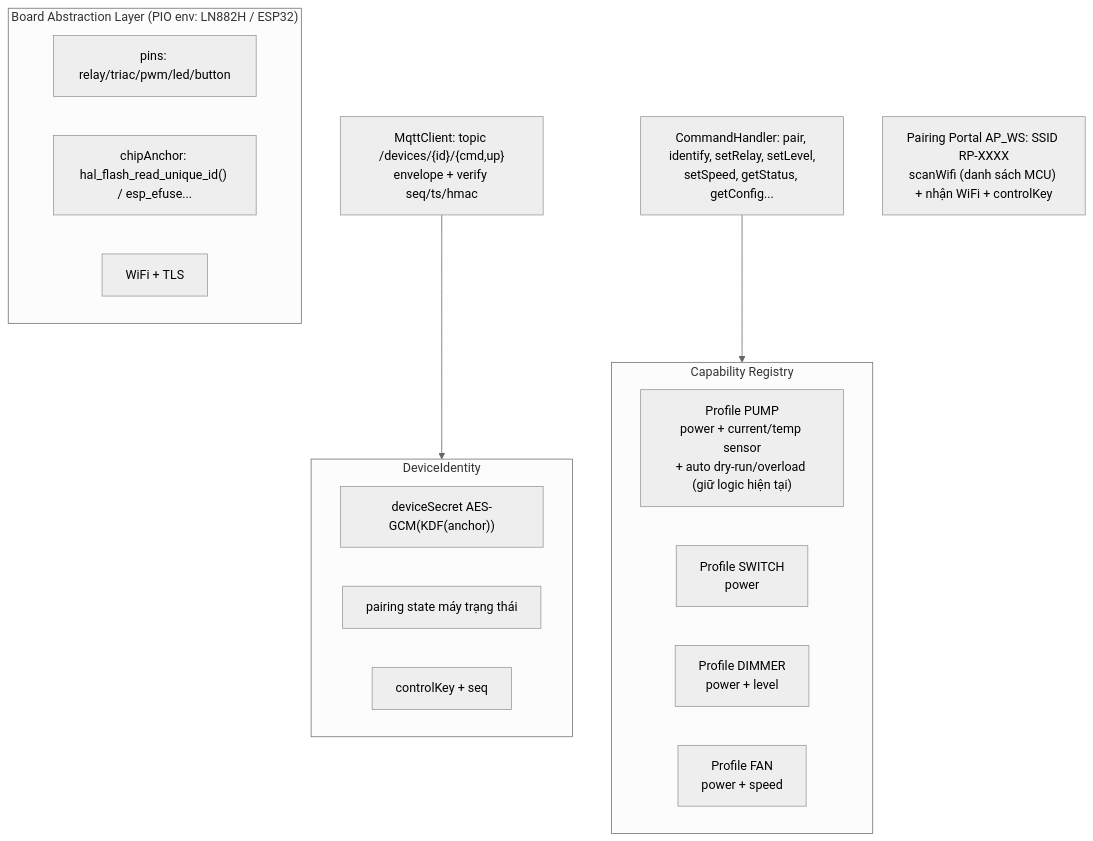
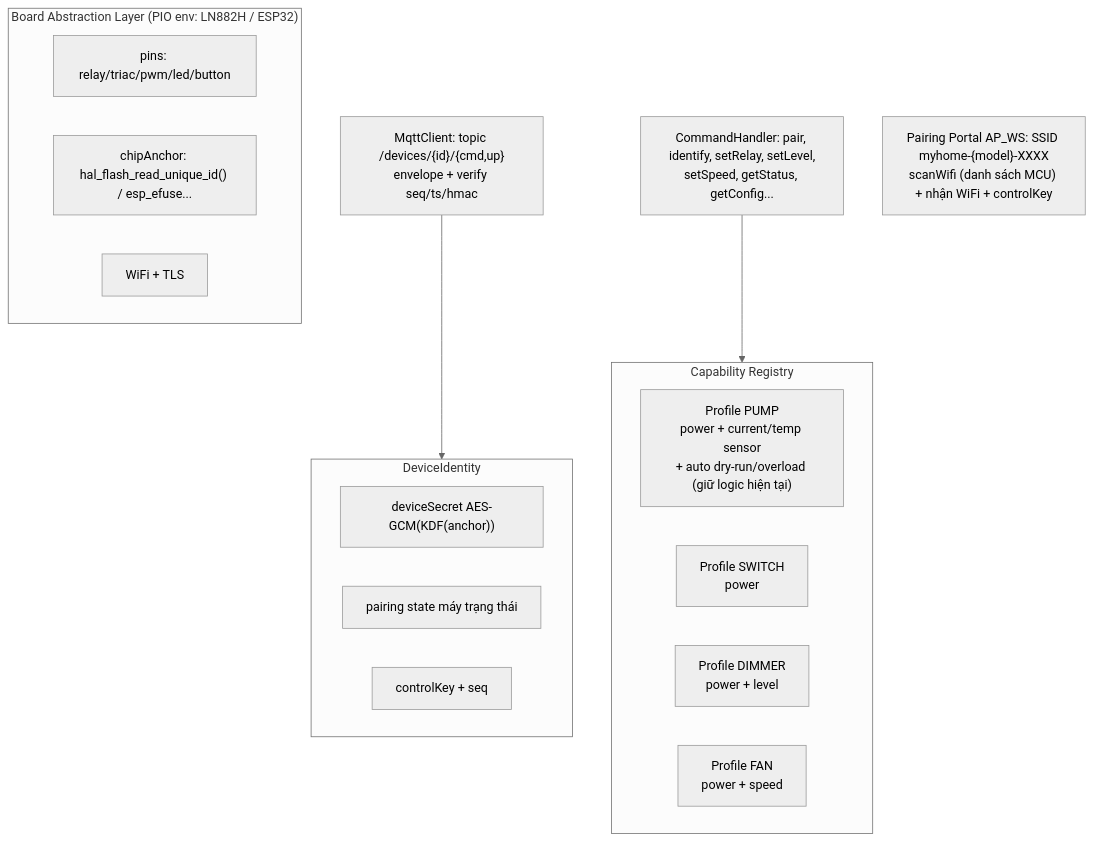
The seventh of 7 diagrams in docs/ECOSYSTEM_PLAN.md (nndai/smart-home-platform), drawn with Mermaid (neutral theme) before and after one commit. The commit also changed other lines of this file and 2 other files, not shown here.

Commit message:
docs: identity & pairing reference (IDENTITY_AND_PAIRING.md), AP SSID myhome-* updates

````diff
--- a/docs/ECOSYSTEM_PLAN.md
+++ b/docs/ECOSYSTEM_PLAN.md
@@ -217,22 +217,22 @@
 ```mermaid
 graph TD
     subgraph Board["Board Abstraction Layer (PIO env: LN882H / ESP32)"]
         PINS["pins: relay/triac/pwm/led/button"]
         UID["chipAnchor: hal_flash_read_unique_id() / esp_efuse..."]
         NET["WiFi + TLS"]
     end
     subgraph Identity["DeviceIdentity"]
         SECRET["deviceSecret AES-GCM(KDF(anchor))"]
         STATE["pairing state máy trạng thái"]
         CONTROL["controlKey + seq"]
     end
     subgraph Capability["Capability Registry"]
         PUMP["Profile PUMP<br/>power + current/temp sensor<br/>+ auto dry-run/overload (giữ logic hiện tại)"]
         SWITCH["Profile SWITCH<br/>power"]
         DIMMER["Profile DIMMER<br/>power + level"]
         FAN["Profile FAN<br/>power + speed"]
     end
     MQTT["MqttClient: topic /devices/{id}/{cmd,up}<br/>envelope + verify seq/ts/hmac"] --> Identity
     CMD["CommandHandler: pair, identify, setRelay, setLevel,<br/>setSpeed, getStatus, getConfig..."] --> Capability
-    PAIR["Pairing Portal AP_WS: SSID RP-XXXX<br/>scanWifi (danh sách MCU) + nhận WiFi + controlKey"]
+    PAIR["Pairing Portal AP_WS: SSID myhome-{model}-XXXX<br/>scanWifi (danh sách MCU) + nhận WiFi + controlKey"]
 ```
````
